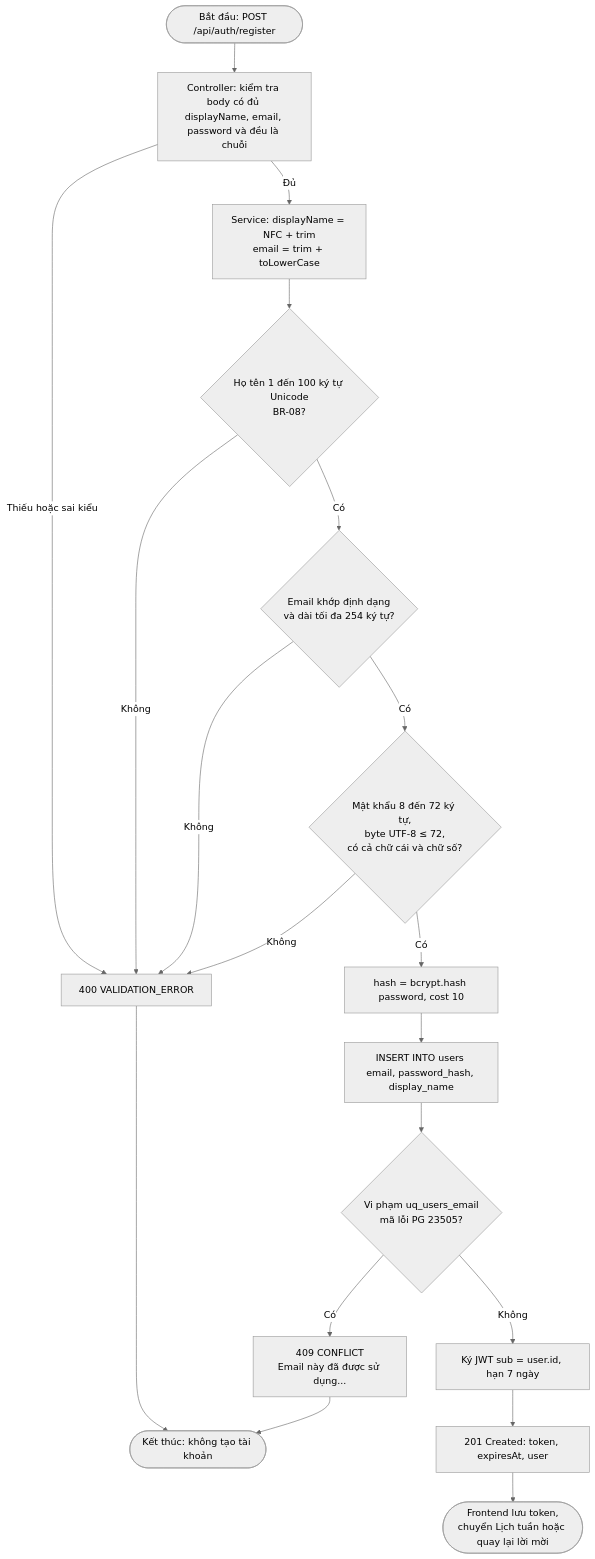
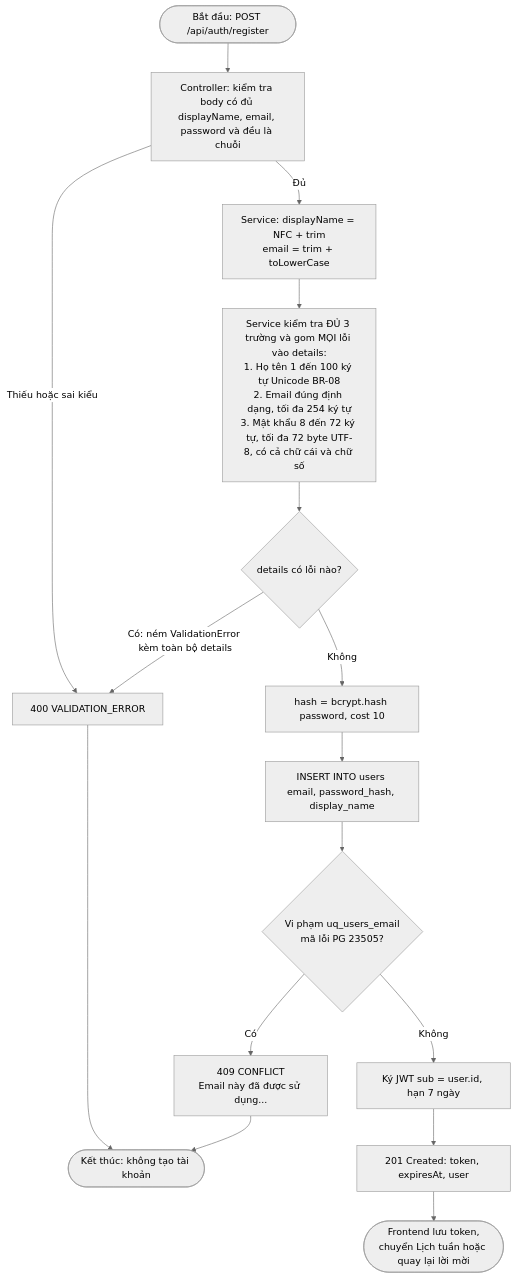
The first of 7 diagrams in docs/tv1-detailed-design.md (NMCNPM-StudySync/StudySync), drawn with Mermaid before and after one commit. The commit also changed other lines of this file, not shown here.

First line of the commit message:
docs: sửa tài liệu thiết kế TV1 theo review của Kiên (V1 đến V5)

````diff
--- a/docs/tv1-detailed-design.md
+++ b/docs/tv1-detailed-design.md
@@ -42,22 +44,19 @@
 ```mermaid
 %%{init: {'theme': 'neutral'}}%%
 flowchart TD
     A([Bắt đầu: POST /api/auth/register]) --> B[Controller: kiểm tra body có đủ displayName, email, password và đều là chuỗi]
     B -->|Thiếu hoặc sai kiểu| E400[400 VALIDATION_ERROR]
     B -->|Đủ| C[Service: displayName = NFC + trim<br/>email = trim + toLowerCase]
-    C --> D{Họ tên 1 đến 100 ký tự Unicode<br/>BR-08?}
-    D -->|Không| E400
-    D -->|Có| F{Email khớp định dạng<br/>và dài tối đa 254 ký tự?}
-    F -->|Không| E400
-    F -->|Có| G{Mật khẩu 8 đến 72 ký tự,<br/>byte UTF-8 ≤ 72,<br/>có cả chữ cái và chữ số?}
-    G -->|Không| E400
-    G -->|Có| H[hash = bcrypt.hash password, cost 10]
+    C --> V[Service kiểm tra ĐỦ 3 trường và gom MỌI lỗi vào details:<br/>1. Họ tên 1 đến 100 ký tự Unicode BR-08<br/>2. Email đúng định dạng, tối đa 254 ký tự<br/>3. Mật khẩu 8 đến 72 ký tự, tối đa 72 byte UTF-8, có cả chữ cái và chữ số]
+    V --> D{details có lỗi nào?}
+    D -->|Có: ném ValidationError kèm toàn bộ details| E400
+    D -->|Không| H[hash = bcrypt.hash password, cost 10]
     H --> I[INSERT INTO users email, password_hash, display_name]
     I --> J{Vi phạm uq_users_email<br/>mã lỗi PG 23505?}
     J -->|Có| E409[409 CONFLICT<br/>Email này đã được sử dụng...]
     J -->|Không| K[Ký JWT sub = user.id, hạn 7 ngày]
     K --> L[201 Created: token, expiresAt, user]
     L --> M([Frontend lưu token,<br/>chuyển Lịch tuần hoặc quay lại lời mời])
     E400 --> Z([Kết thúc: không tạo tài khoản])
     E409 --> Z
 ```
````
